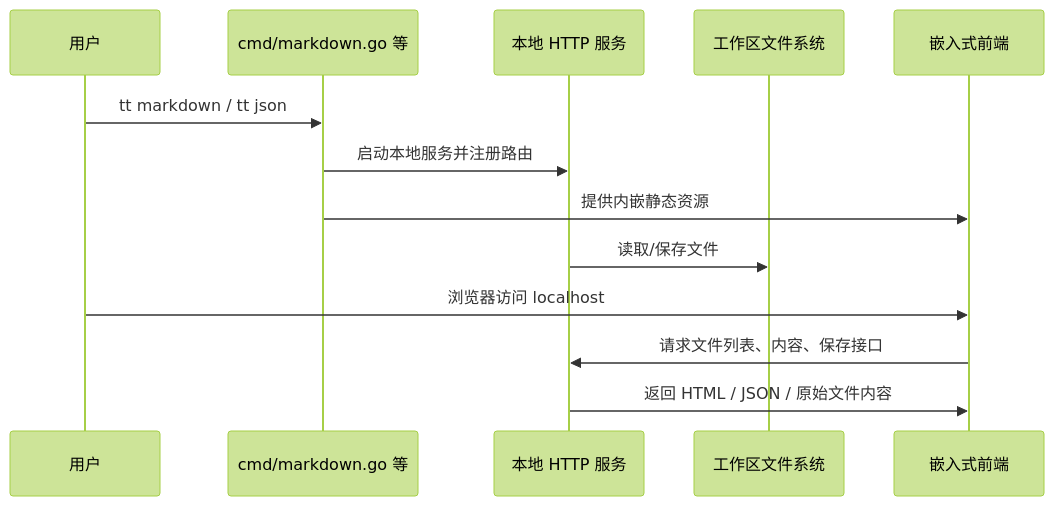
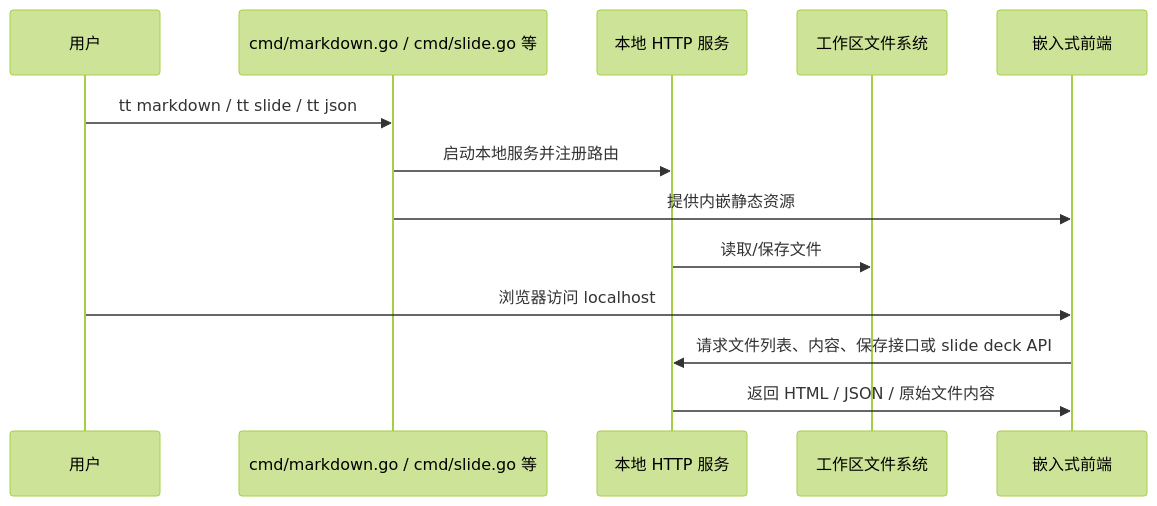
The second of 7 diagrams in ai-docs/architecture.md (sjzsdu/tt), drawn with Mermaid (forest theme) before and after one commit. The commit also changed other lines of this file and 15 other files, not shown here.

````diff
--- a/ai-docs/architecture.md
+++ b/ai-docs/architecture.md
@@ -46,16 +46,16 @@
 ```mermaid
 sequenceDiagram
     participant User as 用户
-    participant Cmd as cmd/markdown.go 等
+    participant Cmd as cmd/markdown.go / cmd/slide.go 等
     participant HTTP as 本地 HTTP 服务
     participant FS as 工作区文件系统
     participant UI as 嵌入式前端
 
-    User->>Cmd: tt markdown / tt json
+    User->>Cmd: tt markdown / tt slide / tt json
     Cmd->>HTTP: 启动本地服务并注册路由
     Cmd->>UI: 提供内嵌静态资源
     HTTP->>FS: 读取/保存文件
     User->>UI: 浏览器访问 localhost
-    UI->>HTTP: 请求文件列表、内容、保存接口
+    UI->>HTTP: 请求文件列表、内容、保存接口或 slide deck API
     HTTP->>UI: 返回 HTML / JSON / 原始文件内容
 ```
````
